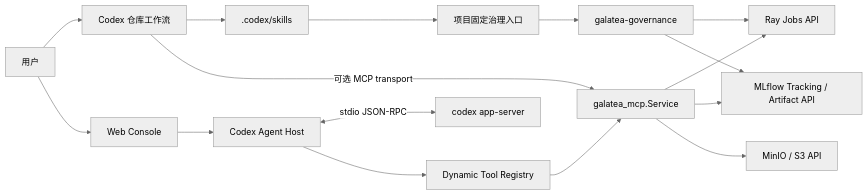
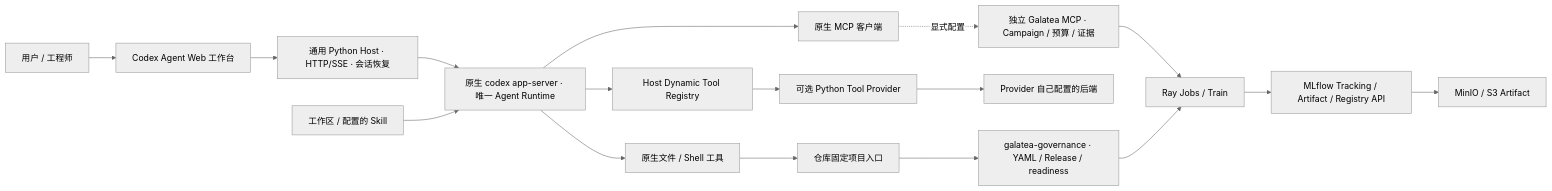
The diagram in doc/agent-galatea.md (lunasaw/Galatea), drawn with Mermaid (neutral theme) before and after one commit. The commit also changed other lines of this file and 187 other files, not shown here.

First line of the commit message:
platform: decouple Codex host and harden governed training

````diff
--- a/doc/agent-galatea.md
+++ b/doc/agent-galatea.md
@@ -9,18 +10,19 @@
 ```mermaid
 flowchart LR
-    User[用户] --> Codex[Codex 仓库工作流]
-    Codex --> Skills[.codex/skills]
-    Skills --> Entry[项目固定治理入口]
-    Entry --> Governance[galatea-governance]
-    User --> Console[Web Console]
-    Console --> Host[Codex Agent Host]
-    Host <-->|stdio JSON-RPC| Runtime[codex app-server]
-    Host --> Registry[Dynamic Tool Registry]
-    Registry --> Service[galatea_mcp.Service]
-    Codex -->|可选 MCP transport| Service
-    Governance --> Ray[Ray Jobs API]
-    Governance --> MLflow[MLflow Tracking / Artifact API]
-    Service --> Ray
-    Service --> MLflow
-    Service --> S3[MinIO / S3 API]
+    User[用户 / 工程师] --> UI[Codex Agent Web 工作台]
+    UI --> Host[通用 Python Host · HTTP/SSE · 会话恢复]
+    Host --> AppServer[原生 codex app-server · 唯一 Agent Runtime]
+    Skills[工作区 / 配置的 Skill] --> AppServer
+    AppServer --> Native[原生文件 / Shell 工具]
+    AppServer --> MCP[原生 MCP 客户端]
+    AppServer --> Registry[Host Dynamic Tool Registry]
+    Registry --> Provider[可选 Python Tool Provider]
+    Native --> Project[仓库固定项目入口]
+    MCP -. 显式配置 .-> Campaign[独立 Galatea MCP · Campaign / 预算 / 证据]
+    Provider --> Service[Provider 自己配置的后端]
+    Project --> Governance[galatea-governance · YAML / Release / readiness]
+    Campaign --> Ray[Ray Jobs / Train]
+    Governance --> Ray
+    Ray --> MLflow[MLflow Tracking / Artifact / Registry API]
+    MLflow --> Store[MinIO / S3 Artifact]
 ```
````
